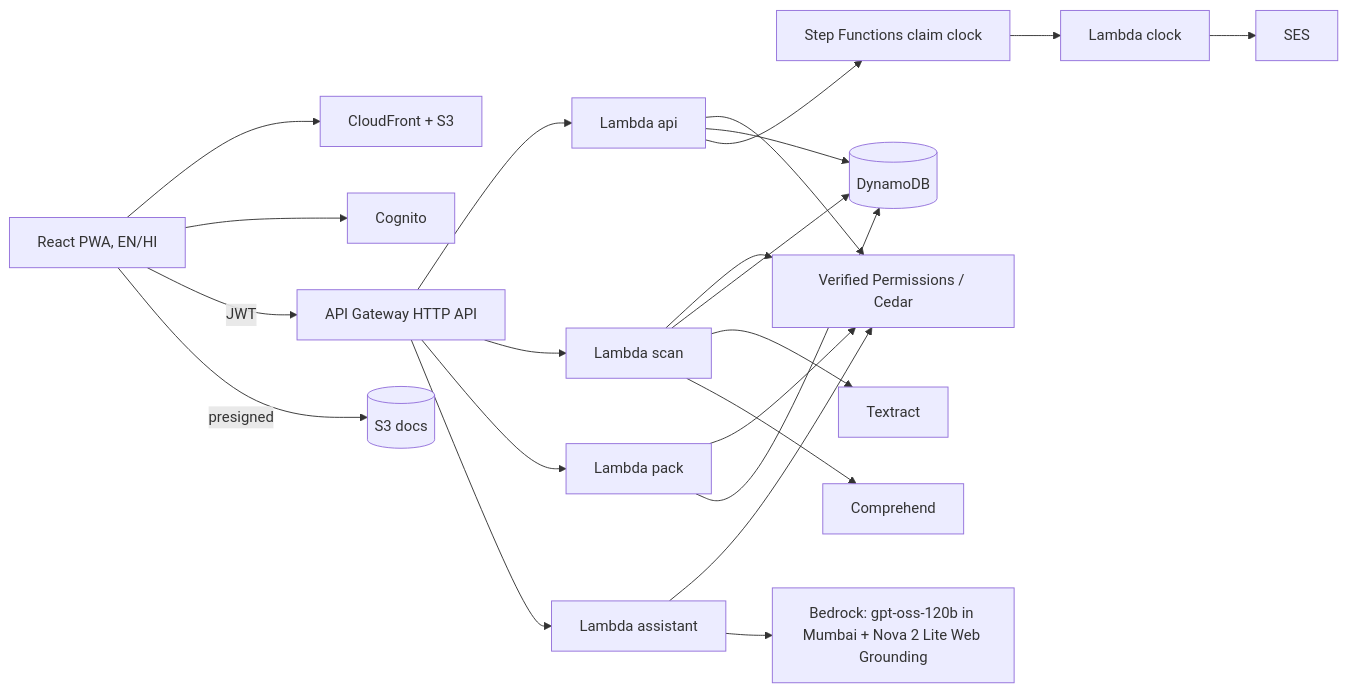
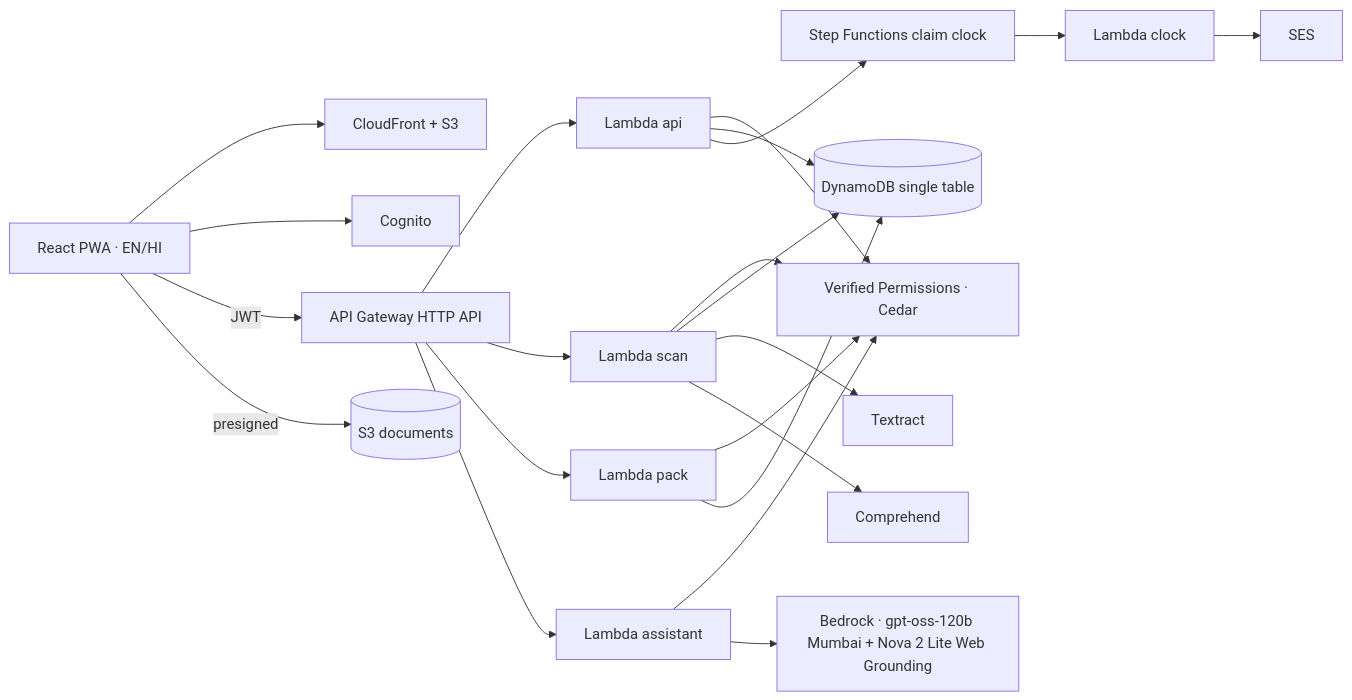
Before and after one commit to DhrubaAgarwalla/afterloss: the diagram in README.md, drawn with Mermaid. The commit also changed other lines of this file and 17 other files, not shown here.

````diff
--- a/README.md
+++ b/README.md
@@ -40,13 +49,13 @@
 ```mermaid
 flowchart LR
-  UI[React PWA, EN/HI] --> CF[CloudFront + S3]
+  UI[React PWA · EN/HI] --> CF[CloudFront + S3]
   UI --> COG[Cognito]
   UI -- JWT --> API[API Gateway HTTP API]
   API --> L1[Lambda api] & L2[Lambda scan] & L3[Lambda pack] & L4[Lambda assistant]
-  L1 & L2 & L3 & L4 --> AVP[Verified Permissions / Cedar]
-  L1 & L2 & L3 --> DDB[(DynamoDB)]
-  UI -- presigned --> S3[(S3 docs)]
+  L1 & L2 & L3 & L4 --> AVP[Verified Permissions · Cedar]
+  L1 & L2 & L3 --> DDB[(DynamoDB single table)]
+  UI -- presigned --> S3[(S3 documents)]
   L2 --> TX[Textract] & CMP[Comprehend]
   L1 --> SFN[Step Functions claim clock] --> L5[Lambda clock] --> SES[SES]
-  L4 --> BR[Bedrock: gpt-oss-120b in Mumbai + Nova 2 Lite Web Grounding]
+  L4 --> BR[Bedrock · gpt-oss-120b Mumbai + Nova 2 Lite Web Grounding]
 ```
````
